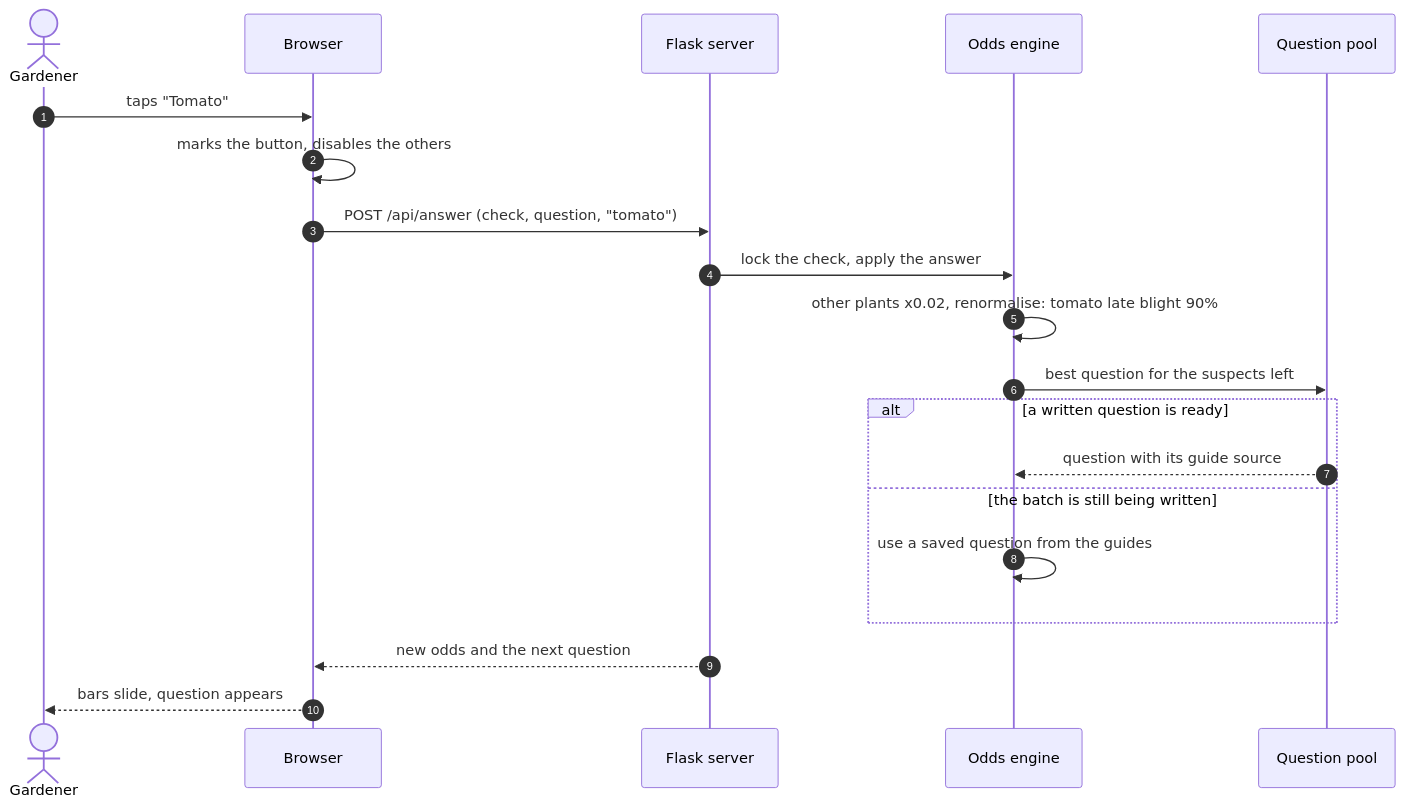
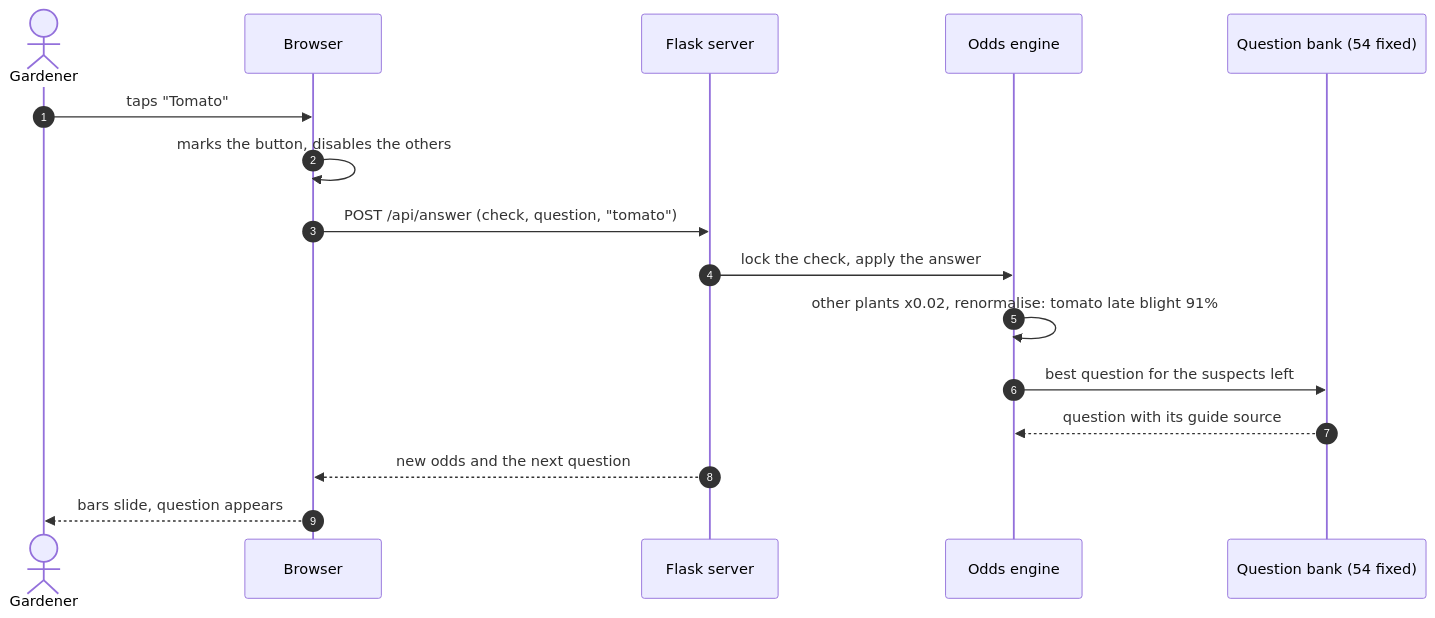
One commit to aakashksen/sprout changed the second of 5 diagrams in docs/architecture/check-lifecycle.md. Above: the diagram before and after it, drawn with Mermaid. The commit also changed other lines of this file and 10 other files, not shown here.

Commit message:
Describe the follow-up question engine (E18) in the README, site and architecture pages; fix test count and split wording

````diff
--- a/docs/architecture/check-lifecycle.md
+++ b/docs/architecture/check-lifecycle.md
@@ -34,23 +34,19 @@
 ```mermaid
 sequenceDiagram
     autonumber
     actor G as Gardener
     participant B as Browser
     participant S as Flask server
     participant E as Odds engine
-    participant P as Question pool
+    participant P as Question bank (54 fixed)
 
     G->>B: taps "Tomato"
     B->>B: marks the button, disables the others
     B->>S: POST /api/answer (check, question, "tomato")
     S->>E: lock the check, apply the answer
-    E->>E: other plants x0.02, renormalise: tomato late blight 90%
+    E->>E: other plants x0.02, renormalise: tomato late blight 91%
     E->>P: best question for the suspects left
-    alt a written question is ready
-        P-->>E: question with its guide source
-    else the batch is still being written
-        E->>E: use a saved question from the guides
-    end
+    P-->>E: question with its guide source
     S-->>B: new odds and the next question
     B-->>G: bars slide, question appears
 ```
````
